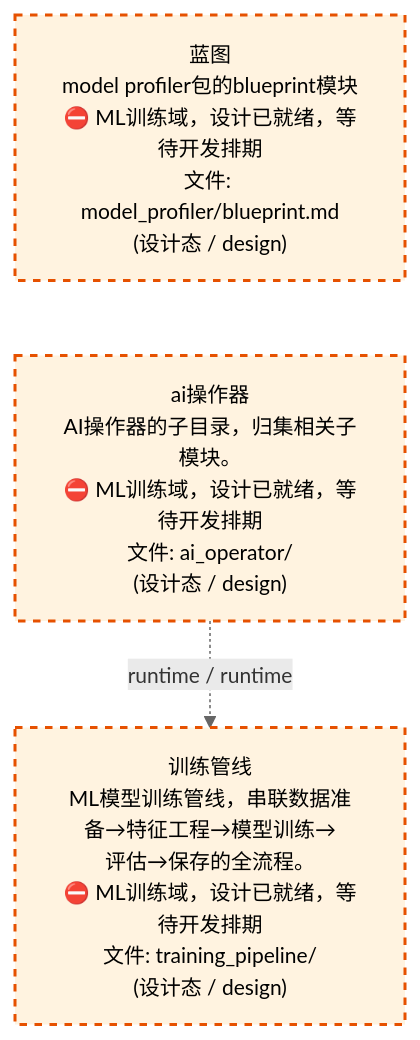
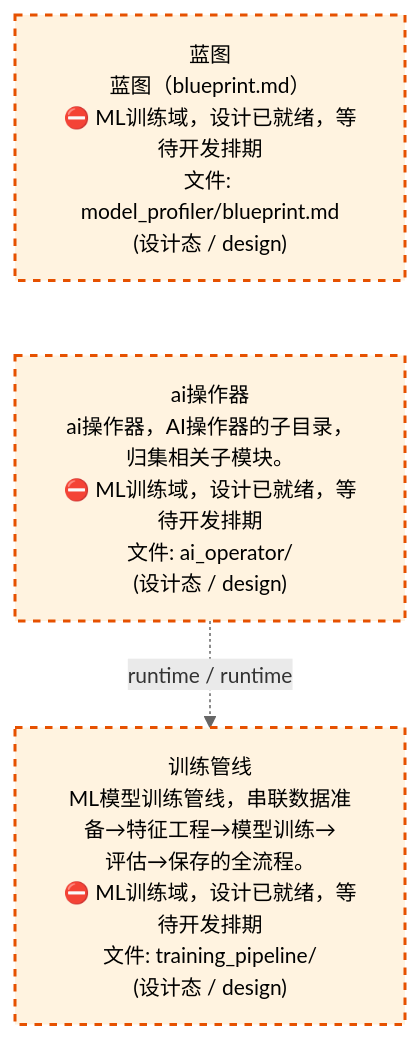
The third of 4 diagrams in docs/02_enterprise_architecture/02_domain_architecture_docs/61_d_ml_train.md (xuanFelixVan/ZephyrAlpha), drawn with Mermaid before and after one commit. The commit also changed other lines of this file and 56 other files, not shown here.

````diff
--- a/docs/02_enterprise_architecture/02_domain_architecture_docs/61_d_ml_train.md
+++ b/docs/02_enterprise_architecture/02_domain_architecture_docs/61_d_ml_train.md
@@ -119,14 +119,14 @@
 ```mermaid
 %%{init: {'theme': 'base', 'themeVariables': {'primaryColor': '#eaeaea', 'primaryTextColor': '#333333', 'primaryBorderColor': '#666666', 'lineColor': '#666666', 'secondaryColor': '#eaeaea', 'tertiaryColor': '#eaeaea', 'fontSize': '14px'}}}%%
 flowchart TD
-    docs_03_modules_cross_layer_model_profiler_blueprint_md["蓝图<br/>model profiler包的blueprint模块<br/>⛔ ML训练域，设计已就绪，等待开发排期<br/>文件: model_profiler/blueprint.md<br/>(设计态 / design)"]
-    src_zephyr_ml_train_ai_operator["ai操作器<br/>AI操作器的子目录，归集相关子模块。<br/>⛔ ML训练域，设计已就绪，等待开发排期<br/>文件: ai_operator/<br/>(设计态 / design)"]
+    docs_03_modules_cross_layer_model_profiler_blueprint_md["蓝图<br/>蓝图（blueprint.md）<br/>⛔ ML训练域，设计已就绪，等待开发排期<br/>文件: model_profiler/blueprint.md<br/>(设计态 / design)"]
+    src_zephyr_ml_train_ai_operator["ai操作器<br/>ai操作器，AI操作器的子目录，归集相关子模块。<br/>⛔ ML训练域，设计已就绪，等待开发排期<br/>文件: ai_operator/<br/>(设计态 / design)"]
     docs_03_modules_cross_layer_model_profiler_blueprint_md ~~~ src_zephyr_ml_train_ai_operator
     src_zephyr_ml_train_training_pipeline["训练管线<br/>ML模型训练管线，串联数据准备→特征工程→模型训练→<br/>评估→保存的全流程。<br/>⛔ ML训练域，设计已就绪，等待开发排期<br/>文件: training_pipeline/<br/>(设计态 / design)"]
     src_zephyr_ml_train_ai_operator -.->|runtime / runtime| src_zephyr_ml_train_training_pipeline
     classDef production fill:#e1f5fe,stroke:#01579b,stroke-width:2px,color:#000
     classDef design fill:#fff3e0,stroke:#e65100,stroke-width:2px,color:#000,stroke-dasharray: 5 5
     classDef external_prod fill:#e8f4fd,stroke:#0277bd,stroke-width:1px,color:#000
     classDef external_design fill:#fff8e7,stroke:#ef6c00,stroke-width:1px,color:#000,stroke-dasharray: 5 5
     class docs_03_modules_cross_layer_model_profiler_blueprint_md,src_zephyr_ml_train_ai_operator,src_zephyr_ml_train_training_pipeline design
 ```
````
